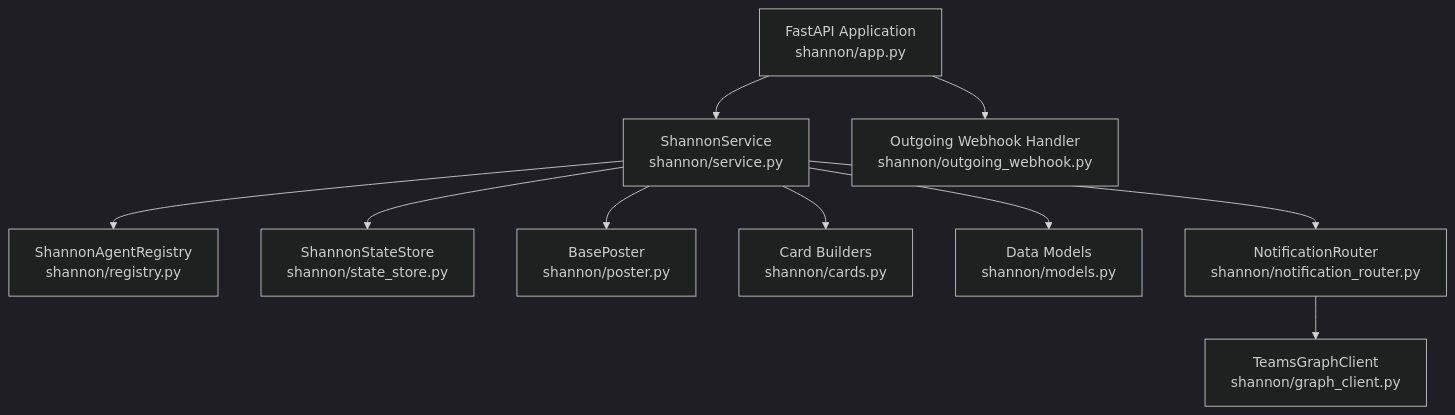
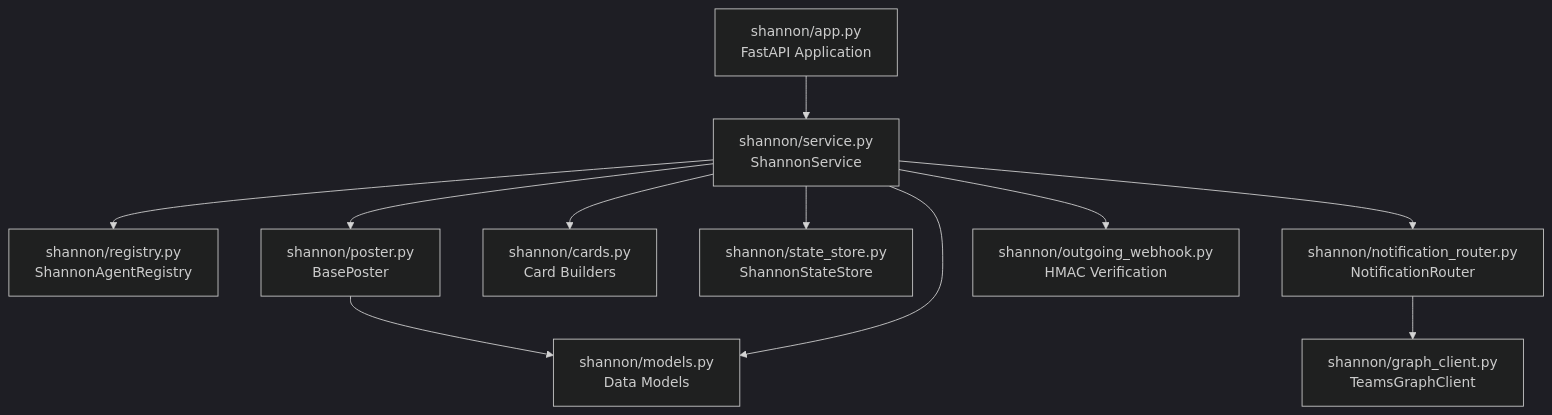
Before and after one commit to jmac-cornelis/agent-workforce: the first of 4 diagrams in docs/shannon.md, drawn with Mermaid (dark theme). The commit also changed other lines of this file and 5 other files, not shown here.

````diff
--- a/docs/shannon.md
+++ b/docs/shannon.md
@@ -25,23 +25,24 @@
 ```mermaid
 graph TB
-    App[FastAPI Application<br/>shannon/app.py]
-    Service[ShannonService<br/>shannon/service.py]
-    Registry[ShannonAgentRegistry<br/>shannon/registry.py]
-    StateStore[ShannonStateStore<br/>shannon/state_store.py]
-    Poster[BasePoster<br/>shannon/poster.py]
-    Cards[Card Builders<br/>shannon/cards.py]
-    Models[Data Models<br/>shannon/models.py]
-    NotificationRouter[NotificationRouter<br/>shannon/notification_router.py]
-    OutgoingWebhook[Outgoing Webhook Handler<br/>shannon/outgoing_webhook.py]
-    GraphClient[TeamsGraphClient<br/>shannon/graph_client.py]
+    App[shannon/app.py<br/>FastAPI Application]
+    Service[shannon/service.py<br/>ShannonService]
+    Registry[shannon/registry.py<br/>ShannonAgentRegistry]
+    Poster[shannon/poster.py<br/>BasePoster]
+    Cards[shannon/cards.py<br/>Card Builders]
+    Models[shannon/models.py<br/>Data Models]
+    StateStore[shannon/state_store.py<br/>ShannonStateStore]
+    NotificationRouter[shannon/notification_router.py<br/>NotificationRouter]
+    OutgoingWebhook[shannon/outgoing_webhook.py<br/>HMAC Verification]
+    GraphClient[shannon/graph_client.py<br/>TeamsGraphClient]
 
     App --> Service
     Service --> Registry
-    Service --> StateStore
     Service --> Poster
     Service --> Cards
+    Service --> StateStore
     Service --> NotificationRouter
+    Service --> OutgoingWebhook
+    NotificationRouter --> GraphClient
+    Poster --> Models
     Service --> Models
-    App --> OutgoingWebhook
-    NotificationRouter --> GraphClient
 ```
````
